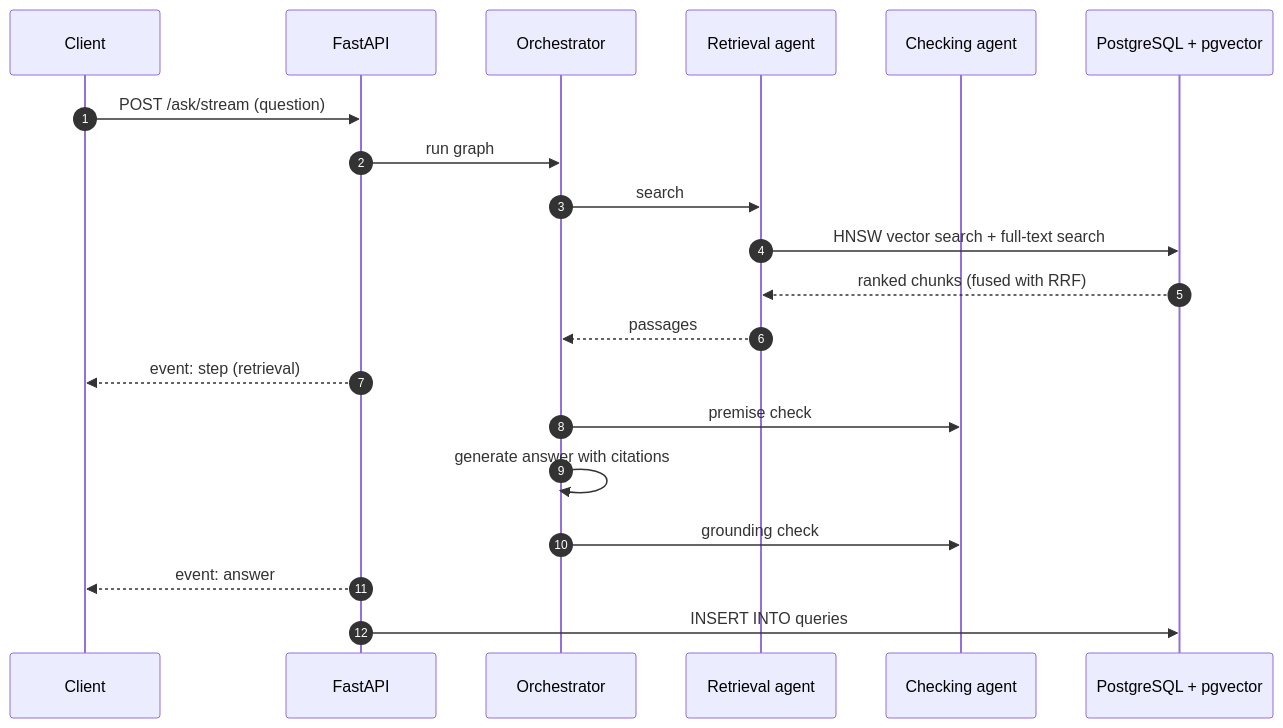
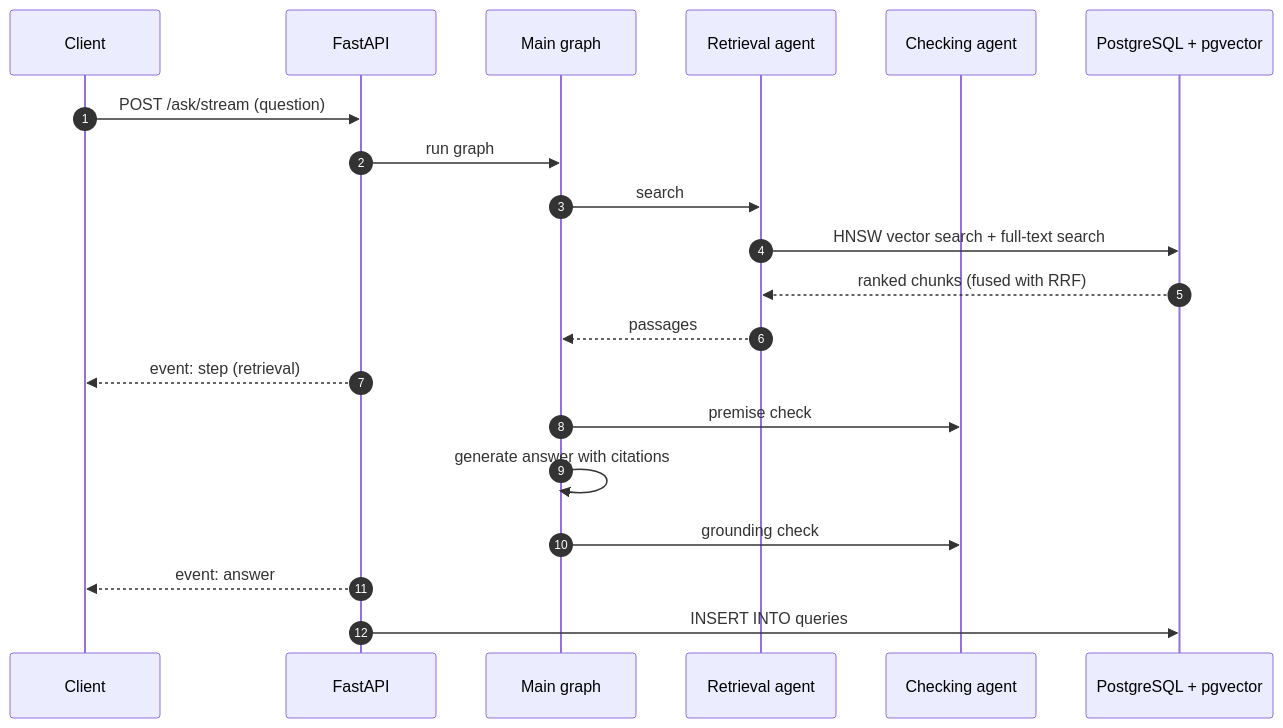
Before and after one commit to Mariyum-Dhedhi/lorekeeper: the second of 3 diagrams in README.md, drawn with Mermaid. The commit also changed other lines of this file and 3 other files, not shown here.

````diff
--- a/README.md
+++ b/README.md
@@ -188,22 +187,22 @@
 ```mermaid
 sequenceDiagram
     autonumber
     participant C as Client
     participant API as FastAPI
-    participant O as Orchestrator
+    participant O as Main graph
     participant R as Retrieval agent
     participant K as Checking agent
     participant DB as PostgreSQL + pgvector
     C->>API: POST /ask/stream (question)
     API->>O: run graph
     O->>R: search
     R->>DB: HNSW vector search + full-text search
     DB-->>R: ranked chunks (fused with RRF)
     R-->>O: passages
     API-->>C: event: step (retrieval)
     O->>K: premise check
     O->>O: generate answer with citations
     O->>K: grounding check
     API-->>C: event: answer
     API->>DB: INSERT INTO queries
 ```
````
